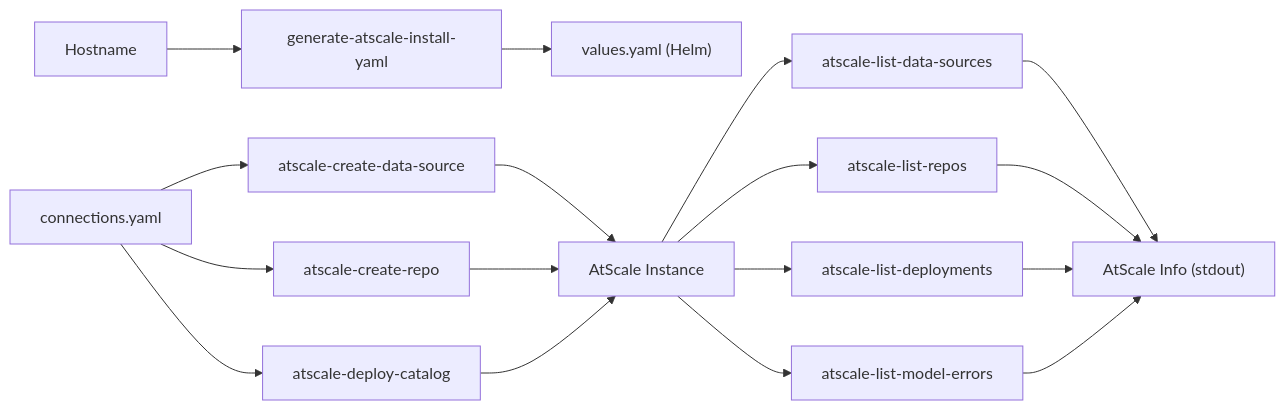
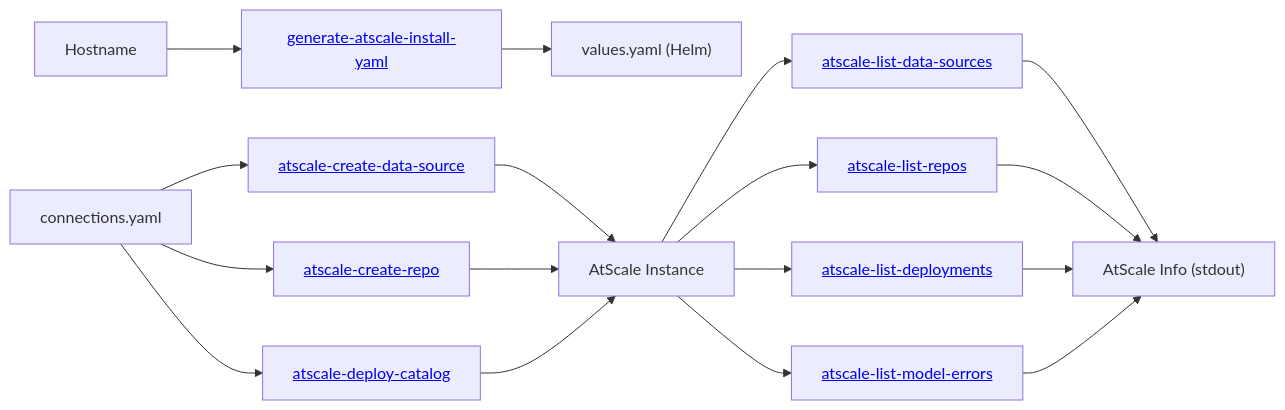
One commit to AtScaleInc/ps-utils changed the sixth of 6 diagrams in README.md. Above: the diagram before and after it, drawn with Mermaid. The commit also changed other lines of this file and 34 other files, not shown here.

````diff
--- a/README.md
+++ b/README.md
@@ -126,19 +98,12 @@
 ```mermaid
+%%{init: {"flowchart": {"htmlLabels": true}} }%%
 flowchart LR
-    HOSTNAME["Hostname"] --> A["generate-atscale-install-yaml"] --> VALUES["values.yaml (Helm)"]
-    CONN["connections.yaml"] --> B["atscale-create-data-source"] --> ATS["AtScale Instance"]
-    CONN --> C["atscale-create-repo"] --> ATS
-    CONN --> D["atscale-deploy-catalog"] --> ATS
-    ATS --> E["atscale-list-data-sources"] --> INFO["AtScale Info (stdout)"]
-    ATS --> F["atscale-list-repos"] --> INFO
-    ATS --> G["atscale-list-deployments"] --> INFO
-    ATS --> H["atscale-list-model-errors"] --> INFO
-    click A href "#generate-atscale-install-yaml"
-    click B href "#atscale-create-data-source"
-    click C href "#atscale-create-repo"
-    click D href "#atscale-deploy-catalog"
-    click E href "#atscale-list-data-sources"
-    click F href "#atscale-list-repos"
-    click G href "#atscale-list-deployments"
-    click H href "#atscale-list-model-errors"
+    HOSTNAME["Hostname"] --> A["<a href='#generate-atscale-install-yaml'>generate-atscale-install-yaml</a>"] --> VALUES["values.yaml (Helm)"]
+    CONN["connections.yaml"] --> B["<a href='#atscale-create-data-source'>atscale-create-data-source</a>"] --> ATS["AtScale Instance"]
+    CONN --> C["<a href='#atscale-create-repo'>atscale-create-repo</a>"] --> ATS
+    CONN --> D["<a href='#atscale-deploy-catalog'>atscale-deploy-catalog</a>"] --> ATS
+    ATS --> E["<a href='#atscale-list-data-sources'>atscale-list-data-sources</a>"] --> INFO["AtScale Info (stdout)"]
+    ATS --> F["<a href='#atscale-list-repos'>atscale-list-repos</a>"] --> INFO
+    ATS --> G["<a href='#atscale-list-deployments'>atscale-list-deployments</a>"] --> INFO
+    ATS --> H["<a href='#atscale-list-model-errors'>atscale-list-model-errors</a>"] --> INFO
 ```
````
